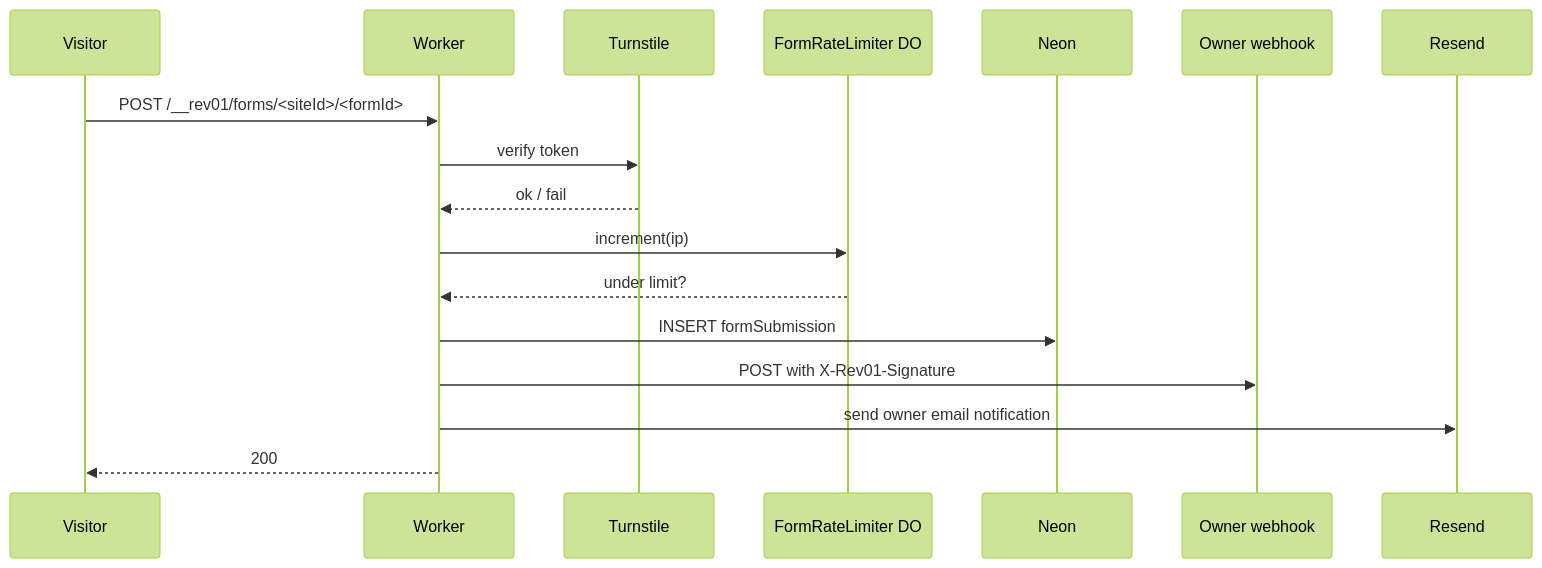
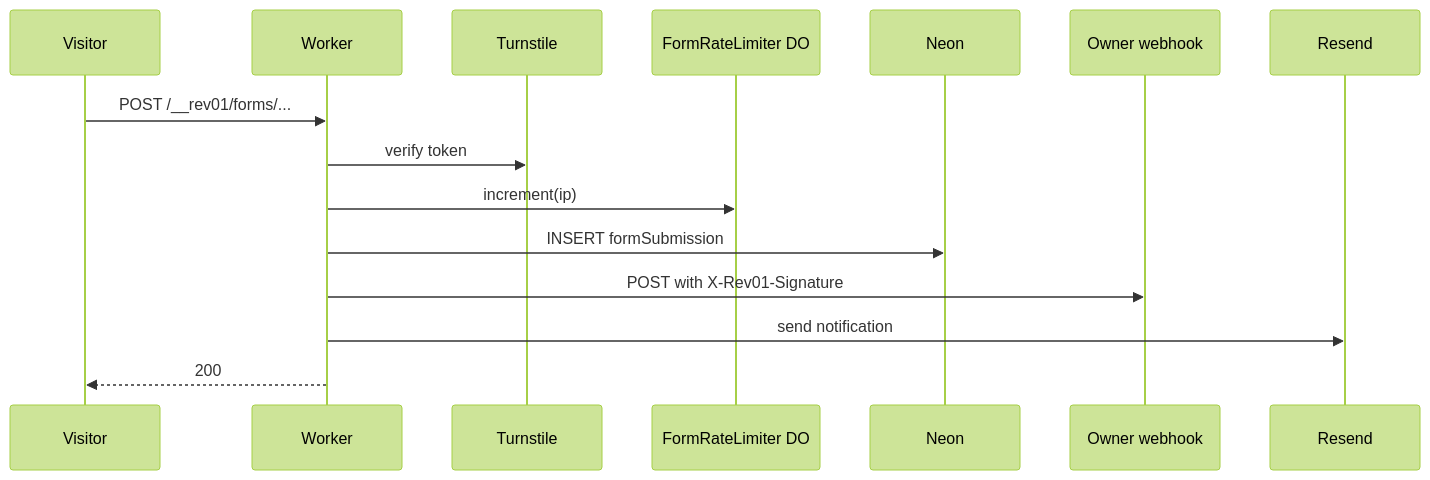
Before and after one commit to aayushman-singh/open-canvas: diagram 25 of 35 in docs/demo/diagrams/live-draw-reference.md, drawn with Mermaid (forest theme). The commit also changed other lines of this file and 1 other file, not shown here.

````diff
--- a/docs/demo/diagrams/live-draw-reference.md
+++ b/docs/demo/diagrams/live-draw-reference.md
@@ -783,19 +802,17 @@
 ```mermaid
 sequenceDiagram
   participant V as Visitor
   participant W as Worker
   participant TS as Turnstile
   participant RL as FormRateLimiter DO
   participant DB as Neon
   participant Hook as Owner webhook
   participant RS as Resend
-  V->>W: POST /__rev01/forms/<siteId>/<formId>
+  V->>W: POST /__rev01/forms/...
   W->>TS: verify token
-  TS-->>W: ok / fail
   W->>RL: increment(ip)
-  RL-->>W: under limit?
   W->>DB: INSERT formSubmission
   W->>Hook: POST with X-Rev01-Signature
-  W->>RS: send owner email notification
+  W->>RS: send notification
   W-->>V: 200
 ```
````
